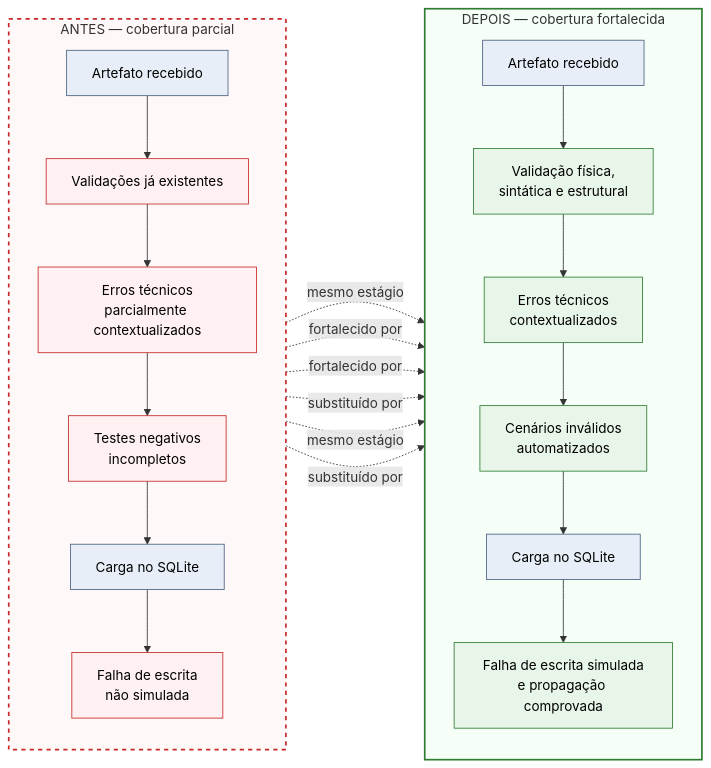
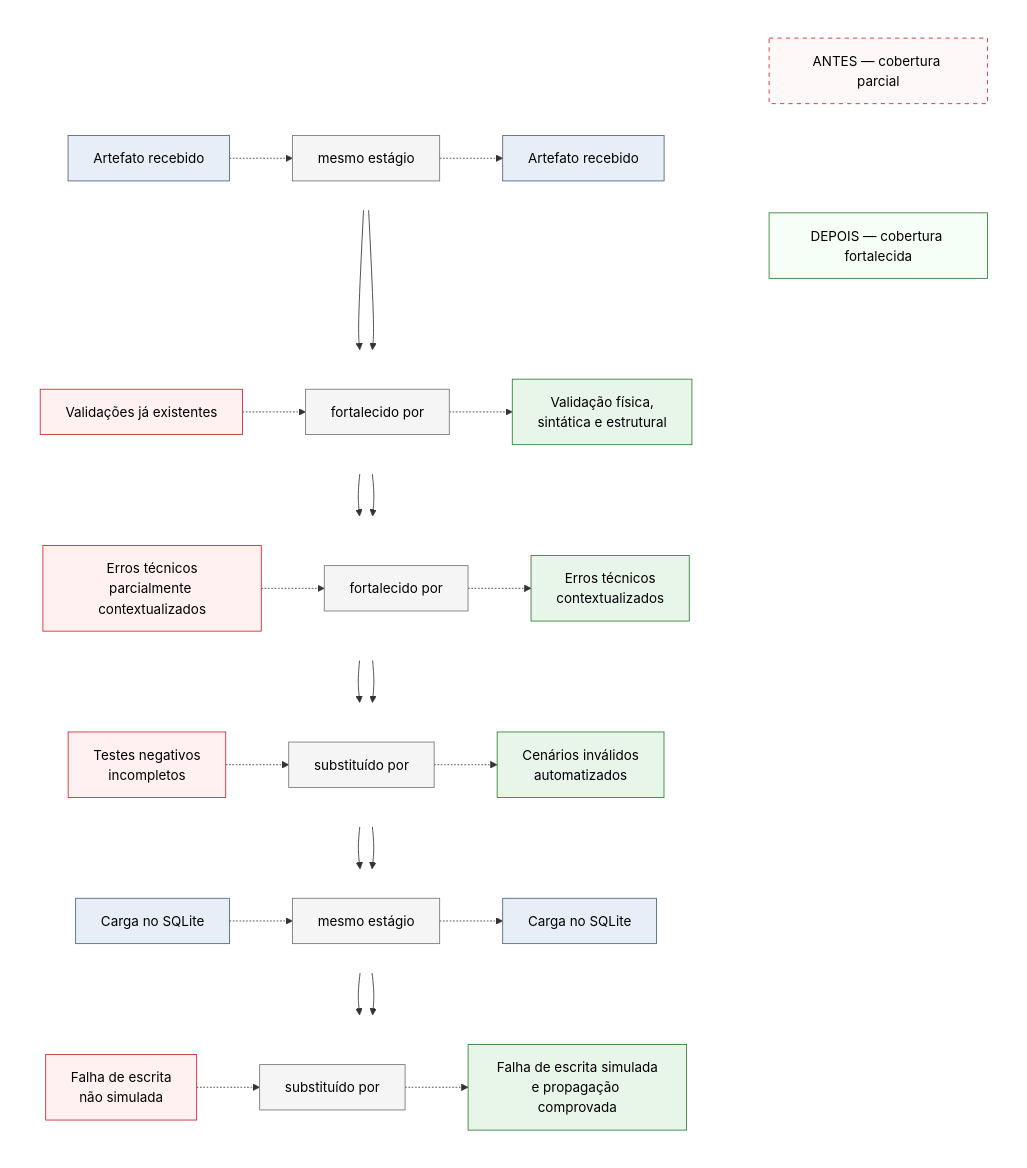
Before and after one commit to Moreno2Marcos/mini-python-data-pipeline: the diagram in docs/phase-5-xcoms-e-artefatos/step-08-validar-artefatos-e-falhas.md, drawn with Mermaid.

Commit message:
docs: improve Step 8 comparison flow - v2

````diff
--- a/docs/phase-5-xcoms-e-artefatos/step-08-validar-artefatos-e-falhas.md
+++ b/docs/phase-5-xcoms-e-artefatos/step-08-validar-artefatos-e-falhas.md
@@ -11,55 +11,84 @@
 ```mermaid
-flowchart LR
+flowchart TB
 
-    subgraph ANTES["ANTES — cobertura parcial"]
-        direction TB
-
-        A1[Artefato recebido]
-        B1[Validações já existentes]
-        C1[Erros técnicos<br/>parcialmente contextualizados]
-        D1[Testes negativos<br/>incompletos]
-        E1[Carga no SQLite]
-        F1[Falha de escrita<br/>não simulada]
-
-        A1 --> B1
-        B1 --> C1
-        C1 --> D1
-        D1 --> E1
-        E1 --> F1
+    subgraph HEAD[" "]
+        direction LR
+        H1["ANTES — cobertura parcial"]
+        ESP[" "]
+        H2["DEPOIS — cobertura fortalecida"]
     end
 
-    subgraph DEPOIS["DEPOIS — cobertura fortalecida"]
-        direction TB
-
+    subgraph ROW1[" "]
+        direction LR
+        A1[Artefato recebido]
+        REL1["mesmo estágio"]
         A2[Artefato recebido]
-        B2[Validação física,<br/>sintática e estrutural]
-        C2[Erros técnicos<br/>contextualizados]
-        D2[Cenários inválidos<br/>automatizados]
-        E2[Carga no SQLite]
-        F2[Falha de escrita simulada<br/>e propagação comprovada]
-
-        A2 --> B2
-        B2 --> C2
-        C2 --> D2
-        D2 --> E2
-        E2 --> F2
+        A1 -.-> REL1 -.-> A2
     end
 
-    A1 -. mesmo estágio .-> A2
-    B1 -. fortalecido por .-> B2
-    C1 -. fortalecido por .-> C2
-    D1 -. substituído por .-> D2
-    E1 -. mesmo estágio .-> E2
-    F1 -. substituído por .-> F2
+    subgraph ROW2[" "]
+        direction LR
+        B1[Validações já existentes]
+        REL2["fortalecido por"]
+        B2[Validação física,<br/>sintática e estrutural]
+        B1 -.-> REL2 -.-> B2
+    end
+
+    subgraph ROW3[" "]
+        direction LR
+        C1[Erros técnicos<br/>parcialmente contextualizados]
+        REL3["fortalecido por"]
+        C2[Erros técnicos<br/>contextualizados]
+        C1 -.-> REL3 -.-> C2
+    end
+
+    subgraph ROW4[" "]
+        direction LR
+        D1[Testes negativos<br/>incompletos]
+        REL4["substituído por"]
+        D2[Cenários inválidos<br/>automatizados]
+        D1 -.-> REL4 -.-> D2
+    end
+
+    subgraph ROW5[" "]
+        direction LR
+        E1[Carga no SQLite]
+        REL5["mesmo estágio"]
+        E2[Carga no SQLite]
+        E1 -.-> REL5 -.-> E2
+    end
+
+    subgraph ROW6[" "]
+        direction LR
+        F1[Falha de escrita<br/>não simulada]
+        REL6["substituído por"]
+        F2[Falha de escrita simulada<br/>e propagação comprovada]
+        F1 -.-> REL6 -.-> F2
+    end
+
+    A1 --> B1 --> C1 --> D1 --> E1 --> F1
+    A2 --> B2 --> C2 --> D2 --> E2 --> F2
 
     classDef unchanged fill:#E8EEF7,stroke:#4A6280,color:#000;
     classDef oldChange fill:#FFF1F1,stroke:#C62828,color:#000;
     classDef newChange fill:#E8F5E9,stroke:#2E7D32,color:#000;
+    classDef relation fill:#F5F5F5,stroke:#757575,color:#000;
+    classDef oldTitle fill:#FFF8F8,stroke:#C62828,color:#000,stroke-dasharray:5 5;
+    classDef newTitle fill:#F6FFF7,stroke:#2E7D32,color:#000;
 
     class A1,A2,E1,E2 unchanged;
     class B1,C1,D1,F1 oldChange;
     class B2,C2,D2,F2 newChange;
+    class REL1,REL2,REL3,REL4,REL5,REL6 relation;
+    class H1 oldTitle;
+    class H2 newTitle;
 
-    style ANTES fill:#FFF8F8,stroke:#C62828,stroke-width:2px,stroke-dasharray:5 5
-    style DEPOIS fill:#F6FFF7,stroke:#2E7D32,stroke-width:2px
+    style HEAD fill:none,stroke:none
+    style ROW1 fill:none,stroke:none
+    style ROW2 fill:none,stroke:none
+    style ROW3 fill:none,stroke:none
+    style ROW4 fill:none,stroke:none
+    style ROW5 fill:none,stroke:none
+    style ROW6 fill:none,stroke:none
+    style ESP fill:none,stroke:none,color:transparent
 ```
````
